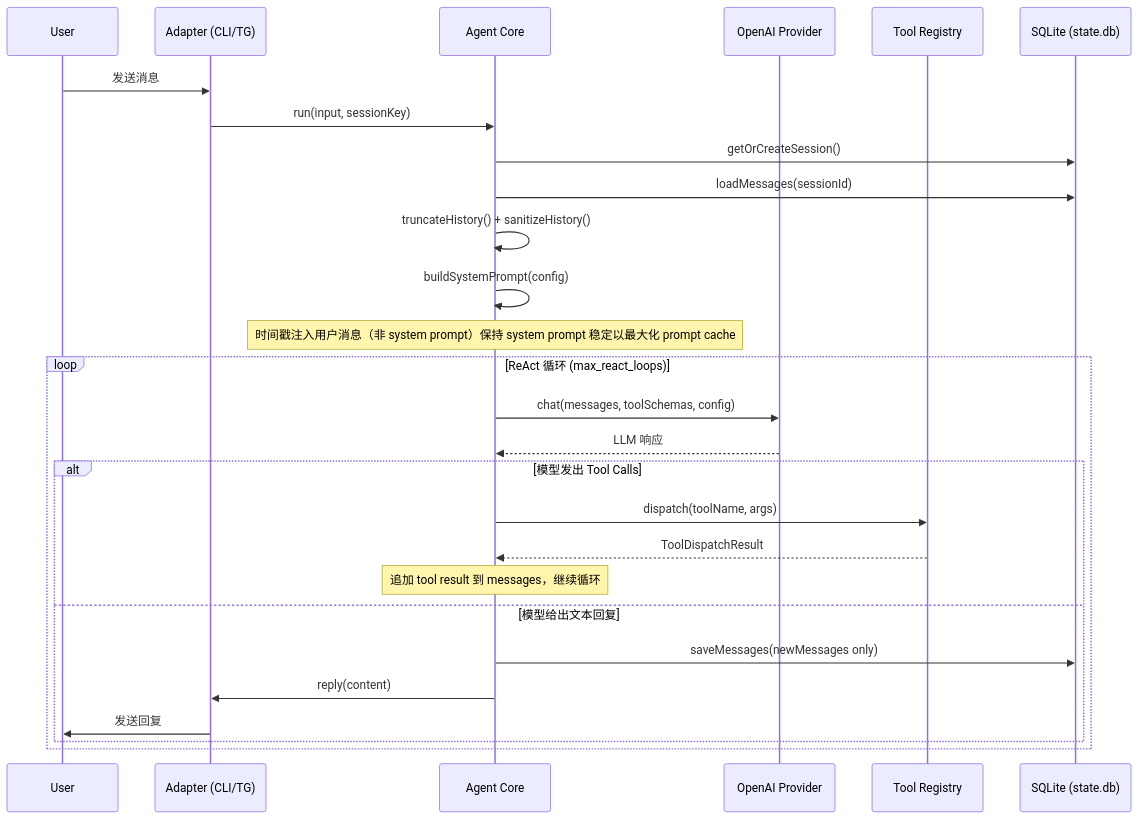
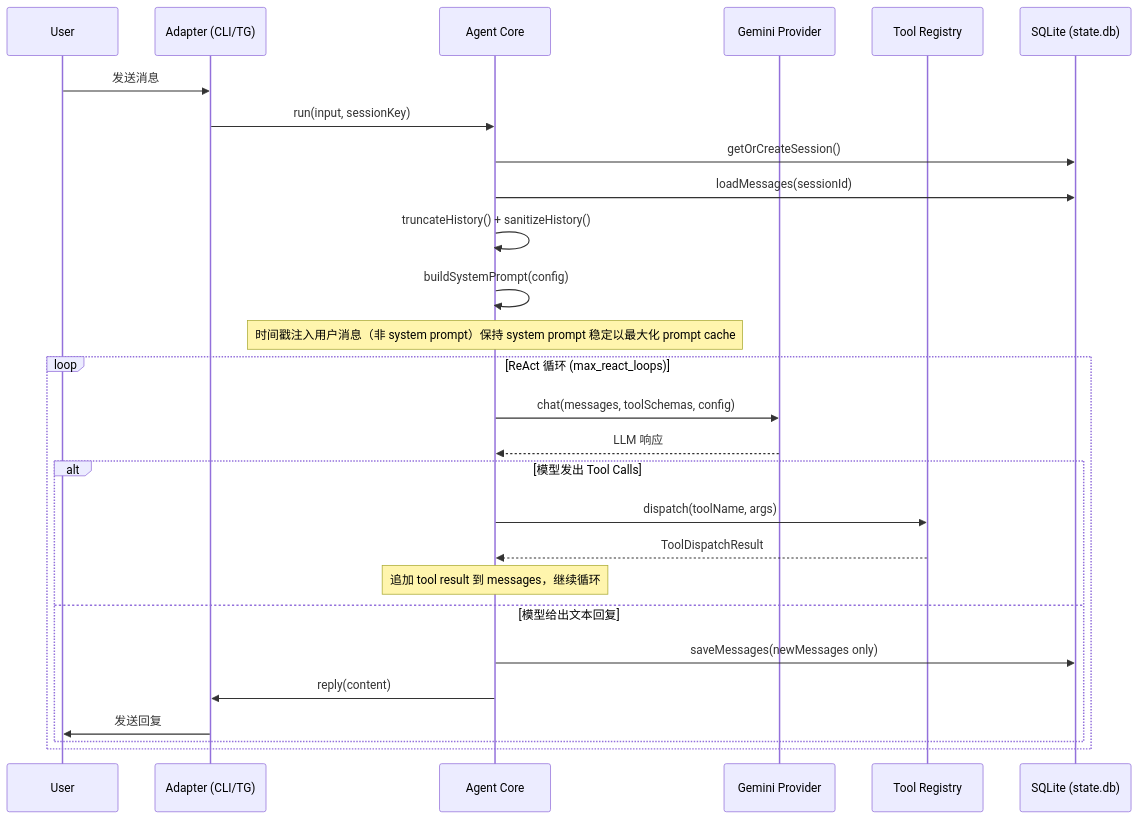
One commit to boltguo/anya changed the diagram in README.md. Above: the diagram before and after it, drawn with Mermaid. The commit also changed other lines of this file and 48 other files, not shown here.

````diff
--- a/README.md
+++ b/README.md
@@ -155,31 +150,31 @@
 ```mermaid
 sequenceDiagram
   participant User as User
   participant Adapter as Adapter (CLI/TG)
   participant Agent as Agent Core
-  participant Provider as OpenAI Provider
+  participant Provider as Gemini Provider
   participant Tools as Tool Registry
   participant DB as SQLite (state.db)
 
   User->>Adapter: 发送消息
   Adapter->>Agent: run(input, sessionKey)
   Agent->>DB: getOrCreateSession()
   Agent->>DB: loadMessages(sessionId)
   Agent->>Agent: truncateHistory() + sanitizeHistory()
   Agent->>Agent: buildSystemPrompt(config)
   Note over Agent: 时间戳注入用户消息（非 system prompt）保持 system prompt 稳定以最大化 prompt cache
 
   loop ReAct 循环 (max_react_loops)
     Agent->>Provider: chat(messages, toolSchemas, config)
     Provider-->>Agent: LLM 响应
     alt 模型发出 Tool Calls
       Agent->>Tools: dispatch(toolName, args)
       Tools-->>Agent: ToolDispatchResult
       Note over Agent: 追加 tool result 到 messages，继续循环
     else 模型给出文本回复
       Agent->>DB: saveMessages(newMessages only)
       Agent->>Adapter: reply(content)
       Adapter->>User: 发送回复
     end
   end
 ```
````
